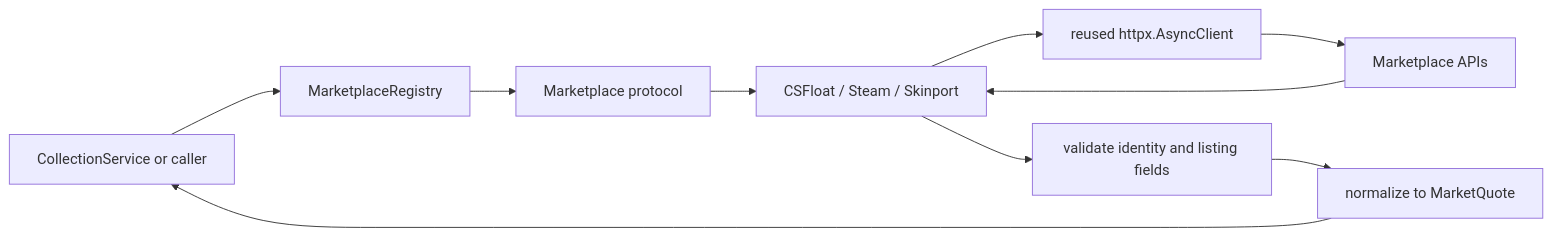
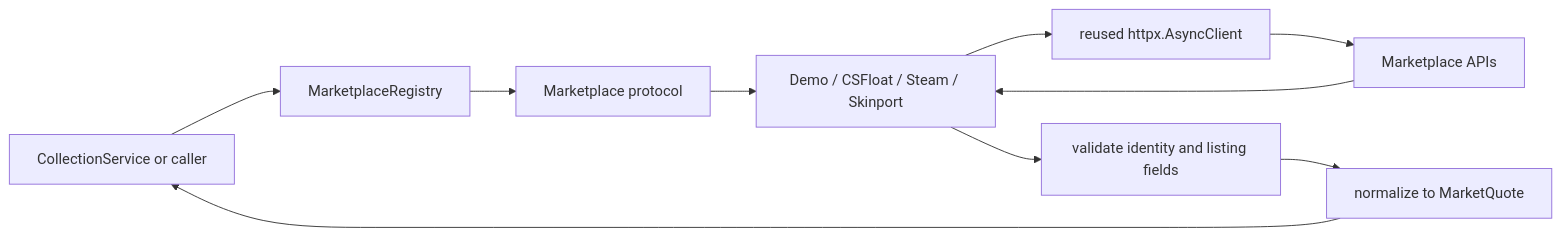
Before and after one commit to maciejL03/price-oracle: the diagram in backend/engine/marketplaces/README.md, drawn with Mermaid. The commit also changed other lines of this file and 43 other files, not shown here.

````diff
--- a/backend/engine/marketplaces/README.md
+++ b/backend/engine/marketplaces/README.md
@@ -14,12 +15,12 @@
 ```mermaid
 flowchart LR
     Caller[CollectionService or caller] --> Registry[MarketplaceRegistry]
     Registry --> Contract[Marketplace protocol]
-    Contract --> Providers[CSFloat / Steam / Skinport]
+    Contract --> Providers[Demo / CSFloat / Steam / Skinport]
     Providers --> Client[reused httpx.AsyncClient]
     Client --> API[Marketplace APIs]
     API --> Providers
     Providers --> Validate[validate identity and listing fields]
     Validate --> Normalize[normalize to MarketQuote]
     Normalize --> Caller
 ```
````
